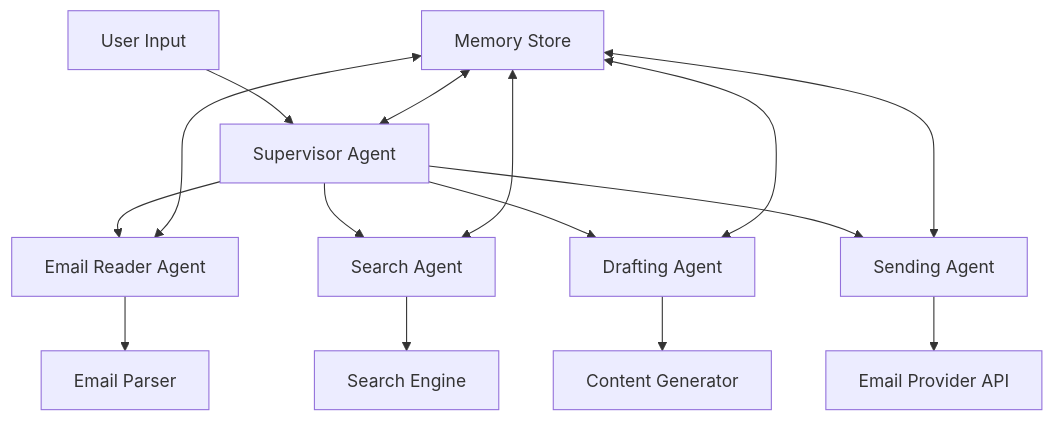
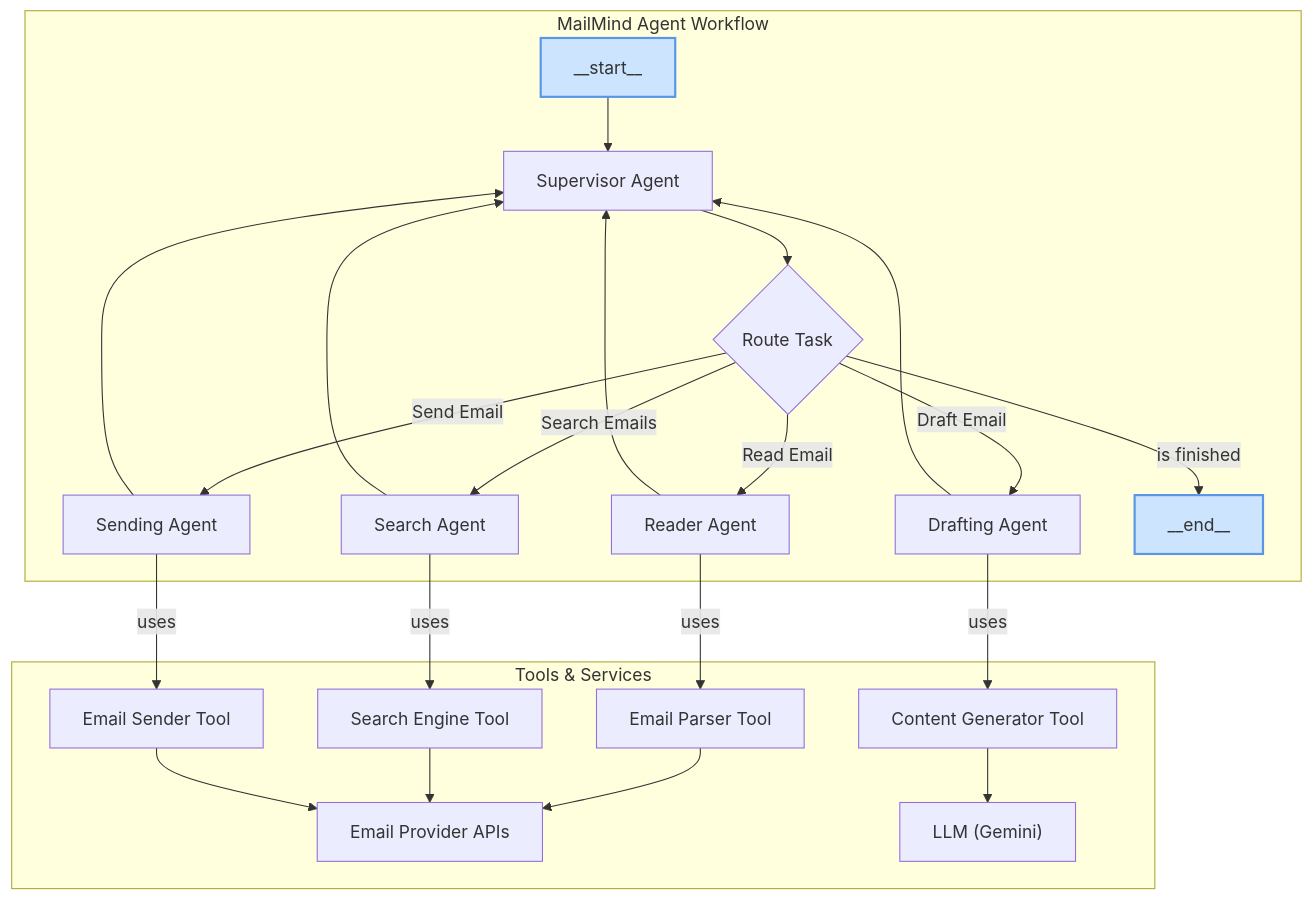
The first of 2 diagrams in README.md (AbdelrahmanEbid/MailMind), drawn with Mermaid before and after one commit. The commit also changed other lines of this file, not shown here.

````diff
--- a/README.md
+++ b/README.md
@@ -106,19 +120,29 @@
 ```mermaid
 graph TD
-    A[User Input] --> B[Supervisor Agent]
-    B --> C[Email Reader Agent]
-    B --> D[Search Agent]
-    B --> E[Drafting Agent]
-    B --> F[Sending Agent]
-    
-    C --> G[Email Parser]
-    D --> H[Search Engine]
-    E --> I[Content Generator]
-    F --> J[Email Provider API]
-    
-    K[Memory Store] <--> B
-    K <--> C
-    K <--> D
-    K <--> E
-    K <--> F
+    subgraph "MailMind Agent Workflow"
+        A["__start__"] --> B[Supervisor Agent];
+        B --> C{Route Task};
+        C -->|Read Email| D[Reader Agent];
+        C -->|Search Emails| E[Search Agent];
+        C -->|Draft Email| F[Drafting Agent];
+        C -->|Send Email| G[Sending Agent];
+        C -->|"is finished"| Z["__end__"];
+        
+        D --> B;
+        E --> B;
+        F --> B;
+        G --> B;
+    end
+
+    subgraph "Tools & Services"
+        D -- "uses" --> T1[Email Parser Tool];
+        E -- "uses" --> T2[Search Engine Tool];
+        F -- "uses" --> T3[Content Generator Tool];
+        G -- "uses" --> T4[Email Sender Tool];
+        T1 & T2 & T4 --> APIs[Email Provider APIs];
+        T3 --> LLM["LLM (Gemini)"];
+    end
+
+    style A fill:#cde4ff,stroke:#5a96e8,stroke-width:2px
+    style Z fill:#cde4ff,stroke:#5a96e8,stroke-width:2px
 ```
````
